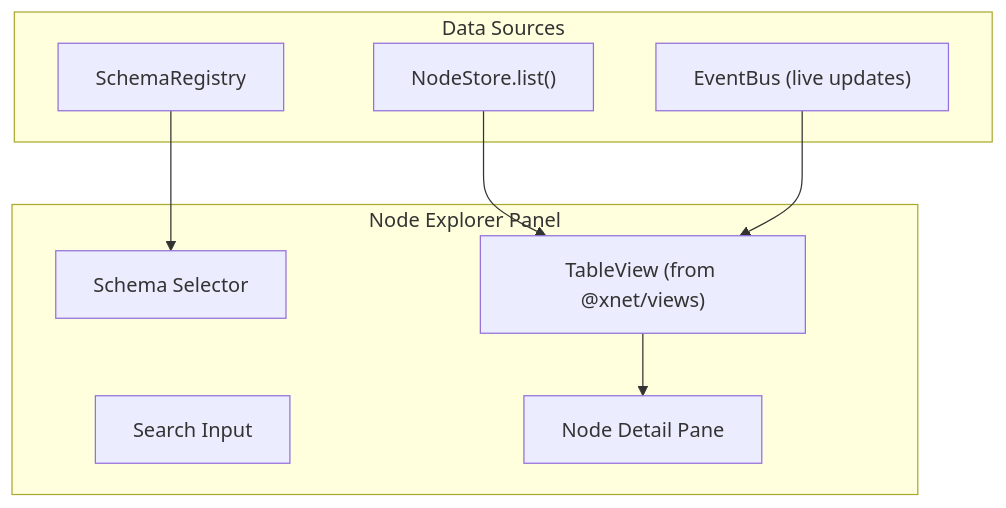
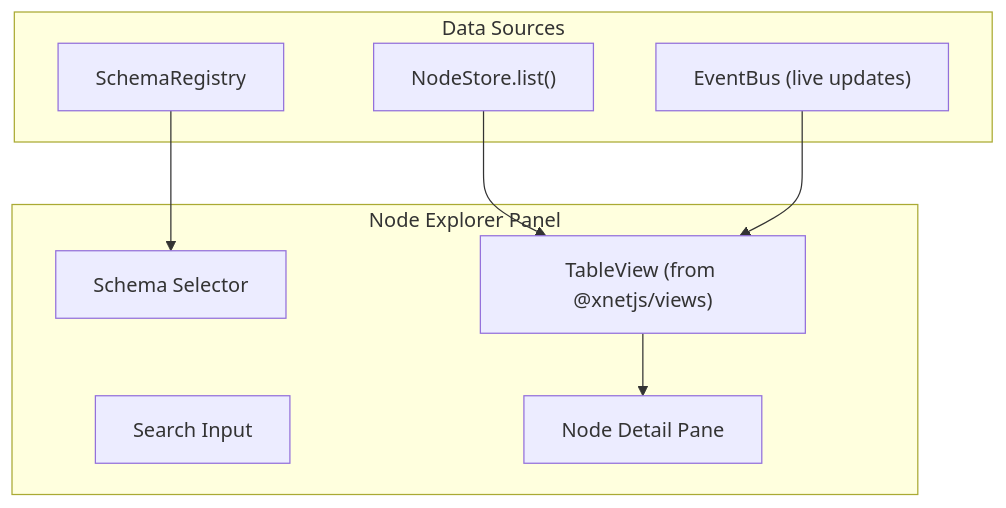
One commit to crs48/xNet changed the diagram in docs/plans/plan03_2_2DevTools/04-node-explorer.md. Above: the diagram before and after it, drawn with Mermaid. The commit also changed other lines of this file and 980 other files, not shown here.

````diff
--- a/docs/plans/plan03_2_2DevTools/04-node-explorer.md
+++ b/docs/plans/plan03_2_2DevTools/04-node-explorer.md
@@ -11,20 +11,20 @@
 ```mermaid
 flowchart TB
     subgraph NodeExplorer["Node Explorer Panel"]
         SchemaFilter["Schema Selector"]
         SearchBar["Search Input"]
-        Table["TableView (from @xnet/views)"]
+        Table["TableView (from @xnetjs/views)"]
         DetailPane["Node Detail Pane"]
     end
 
     subgraph DataSources["Data Sources"]
         Store["NodeStore.list()"]
         Registry["SchemaRegistry"]
         Bus["EventBus (live updates)"]
     end
 
     Store --> Table
     Registry --> SchemaFilter
     Bus --> Table
     Table --> DetailPane
 ```
````
